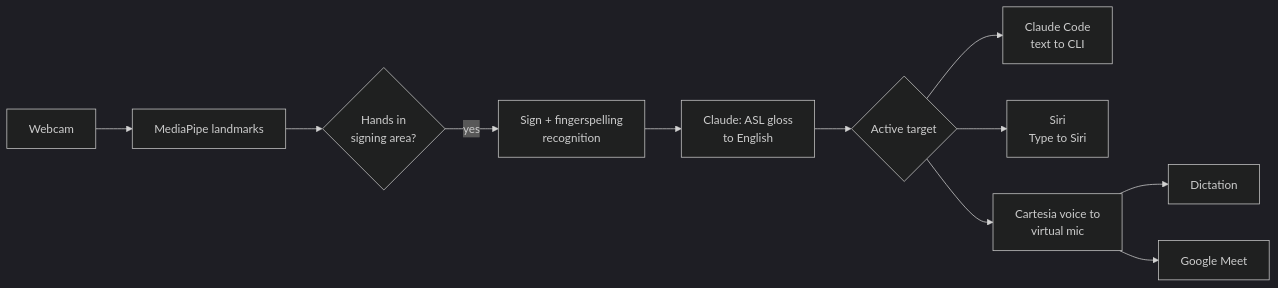
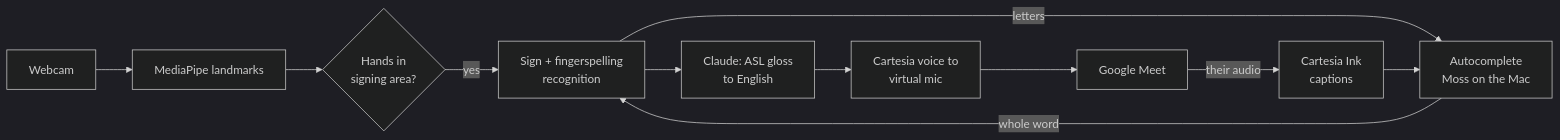
One commit to SacchinS/calhacks-2026 changed the diagram in README.md. Above: the diagram before and after it, drawn with Mermaid (dark theme). The commit also changed other lines of this file and 5 other files, not shown here.

First line of the commit message:
Docs: Meet + Moss + fingerspelling scope

````diff
--- a/README.md
+++ b/README.md
@@ -17,13 +17,13 @@
 ```mermaid
 flowchart LR
     CAM[Webcam] --> MP[MediaPipe landmarks]
     MP --> GATE{Hands in<br/>signing area?}
     GATE -- yes --> REC[Sign + fingerspelling<br/>recognition]
+    REC -- letters --> AC[Autocomplete<br/>Moss on the Mac]
+    AC -- whole word --> REC
     REC --> LLM[Claude: ASL gloss<br/>to English]
-    LLM --> ROUTER{Active target}
-    ROUTER --> CC[Claude Code<br/>text to CLI]
-    ROUTER --> SIRI[Siri<br/>Type to Siri]
-    ROUTER --> VM[Cartesia voice to<br/>virtual mic]
-    VM --> DICT[Dictation]
+    LLM --> VM[Cartesia voice to<br/>virtual mic]
     VM --> MEET[Google Meet]
+    MEET -- their audio --> STT[Cartesia Ink<br/>captions]
+    STT --> AC
 ```
````
